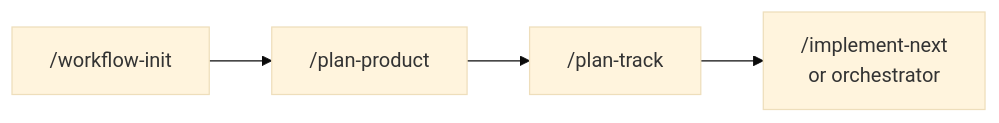
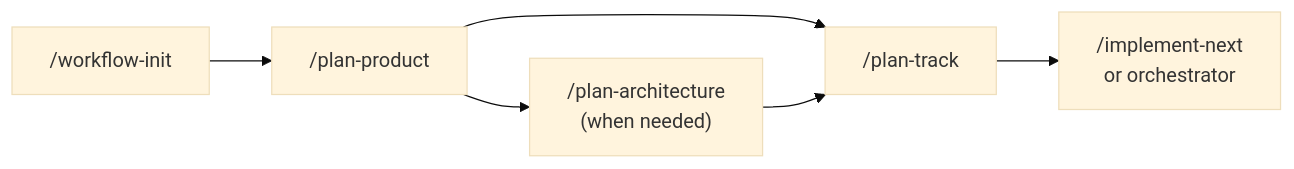
Before and after one commit to aryeko/agentic-workflow-kit: the diagram in docs/getting-started.md, drawn with Mermaid (base theme). The commit also changed other lines of this file and 40 other files, not shown here.

Commit message:
feat: add architecture planning gate

````diff
--- a/docs/getting-started.md
+++ b/docs/getting-started.md
@@ -26,4 +26,5 @@
 ```mermaid
 flowchart LR
   A["/workflow-init"] --> B["/plan-product"] --> C["/plan-track"] --> D["/implement-next<br/>or orchestrator"]
+  B --> E["/plan-architecture<br/>(when needed)"] --> C
 ```
````
